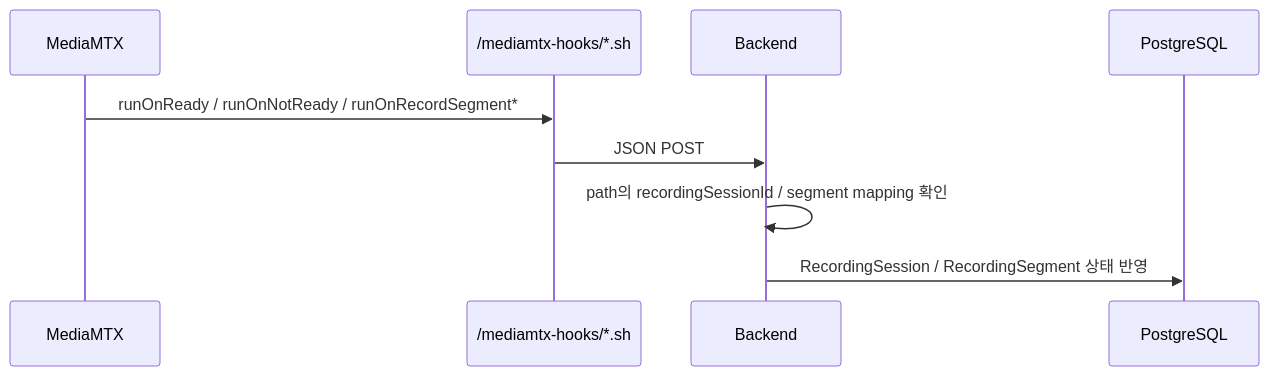
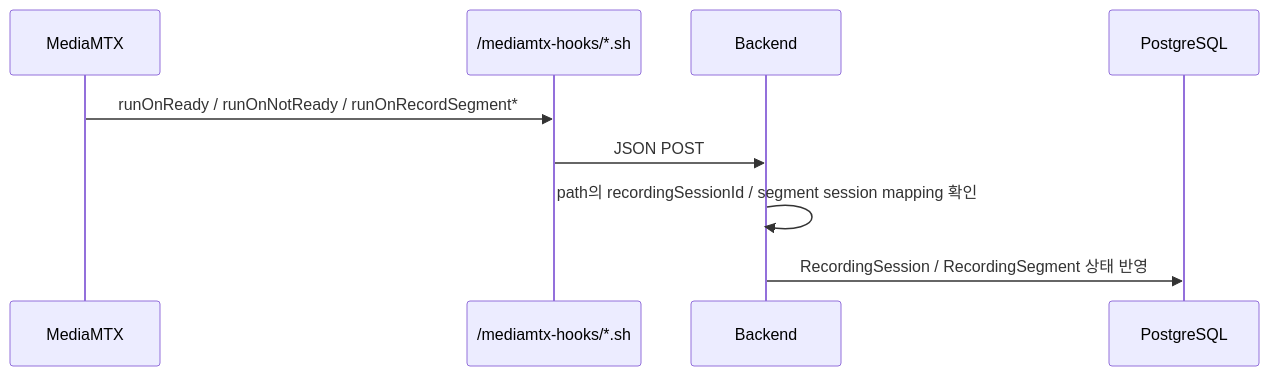
One commit to ego-flow/ego-flow-server changed the sixth of 7 diagrams in docs/09. project_streaming.md. Above: the diagram before and after it, drawn with Mermaid. The commit also changed other lines of this file and 6 other files, not shown here.

````diff
--- a/docs/09. project_streaming.md
+++ b/docs/09. project_streaming.md
@@ -470,12 +479,12 @@
 ```mermaid
 sequenceDiagram
     participant MTX as MediaMTX
     participant Hooks as /mediamtx-hooks/*.sh
     participant BE as Backend
     participant DB as PostgreSQL
 
     MTX->>Hooks: runOnReady / runOnNotReady / runOnRecordSegment*
     Hooks->>BE: JSON POST
-    BE->>BE: path의 recordingSessionId / segment mapping 확인
+    BE->>BE: path의 recordingSessionId / segment session mapping 확인
     BE->>DB: RecordingSession / RecordingSegment 상태 반영
 ```
````
